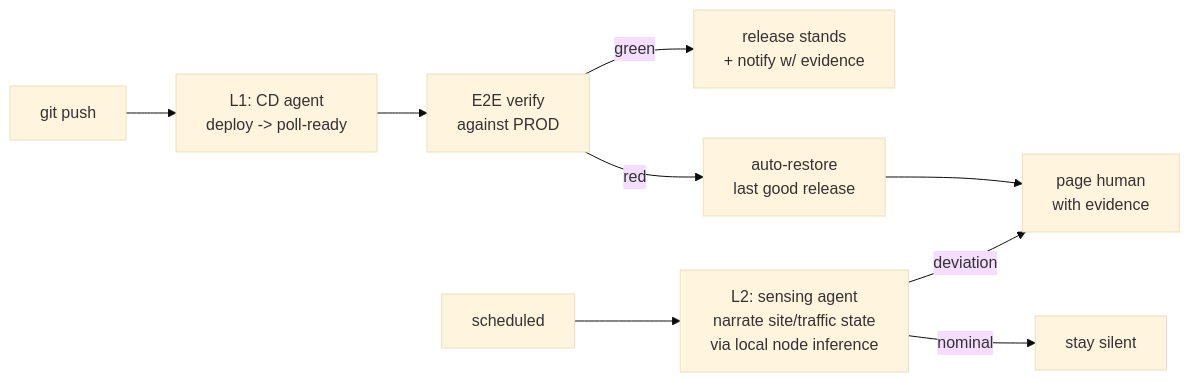
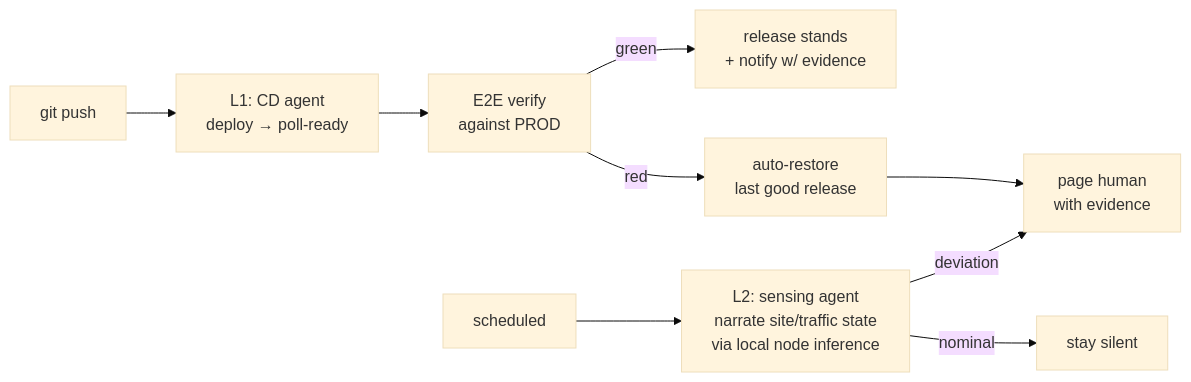
The diagram in README.md (gr8-gray/cd-agents), drawn with Mermaid (base theme) before and after one commit.

Commit message:
docs: use <br/> line breaks in architecture diagram

````diff
--- a/README.md
+++ b/README.md
@@ -35,11 +35,11 @@
 ```mermaid
 flowchart LR
-  PUSH[git push] --> CD[L1: CD agent\ndeploy -> poll-ready]
-  CD --> E2E[E2E verify\nagainst PROD]
-  E2E -->|green| DONE[release stands\n+ notify w/ evidence]
-  E2E -->|red| RB[auto-restore\nlast good release]
-  RB --> NOTIFY[page human\nwith evidence]
-  CRON[scheduled] --> L2[L2: sensing agent\nnarrate site/traffic state\nvia local node inference]
+  PUSH[git push] --> CD[L1: CD agent<br/>deploy → poll-ready]
+  CD --> E2E[E2E verify<br/>against PROD]
+  E2E -->|green| DONE[release stands<br/>+ notify w/ evidence]
+  E2E -->|red| RB[auto-restore<br/>last good release]
+  RB --> NOTIFY[page human<br/>with evidence]
+  CRON[scheduled] --> L2[L2: sensing agent<br/>narrate site/traffic state<br/>via local node inference]
   L2 -->|deviation| NOTIFY
   L2 -->|nominal| QUIET[stay silent]
 ```
````
